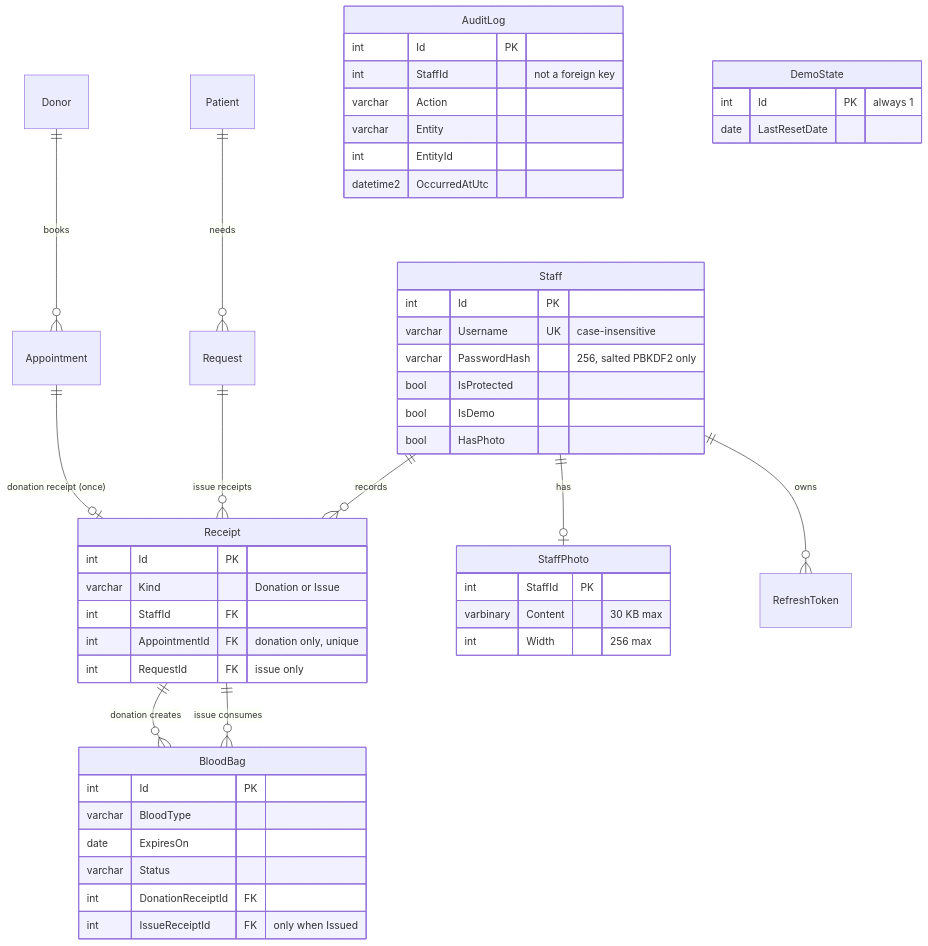
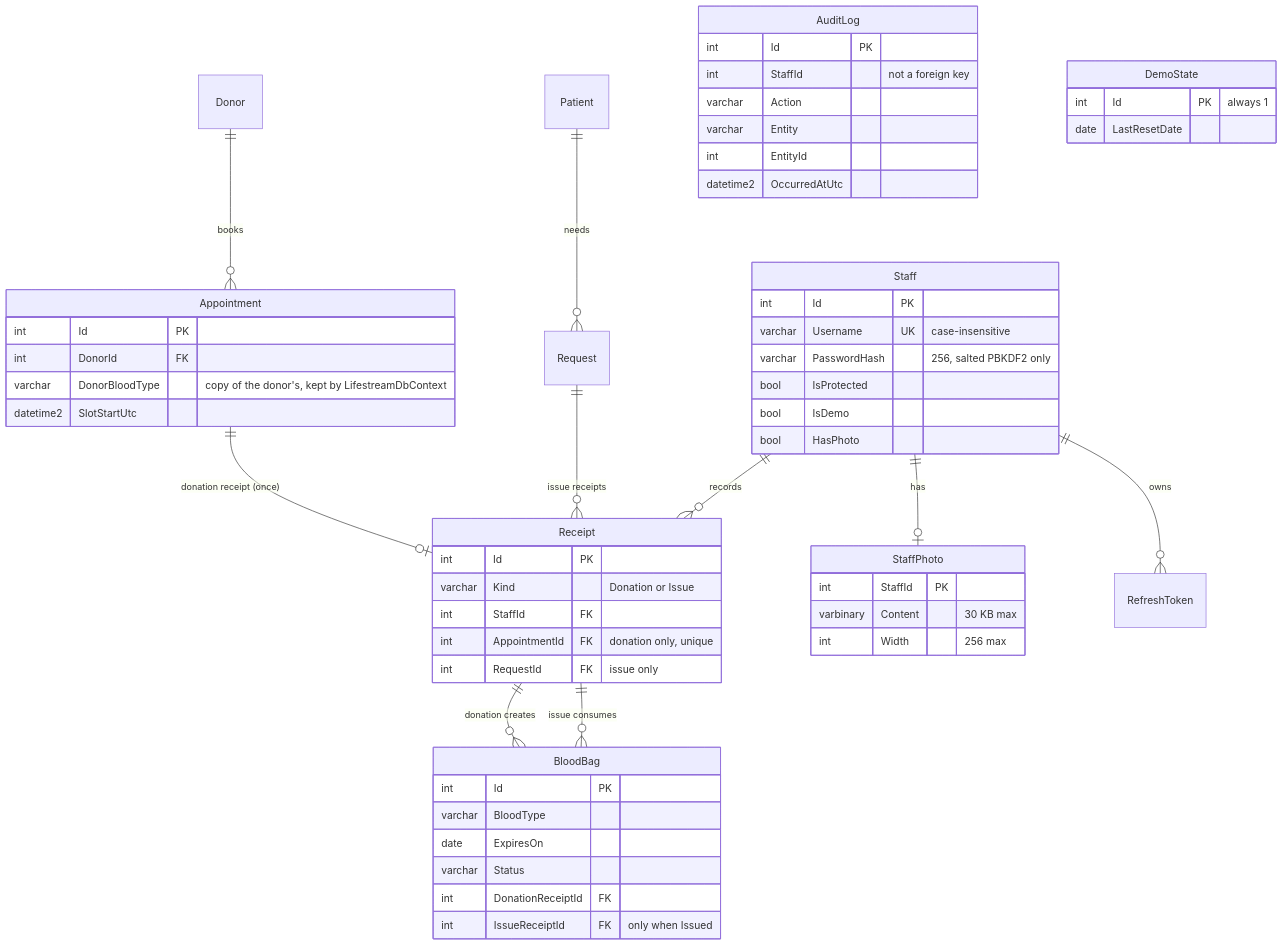
One commit to maiznadeem/Lifestream changed the diagram in docs/database.md. Above: the diagram before and after it, drawn with Mermaid. The commit also changed other lines of this file and 18 other files, not shown here.

````diff
--- a/docs/database.md
+++ b/docs/database.md
@@ -9,52 +9,58 @@
 ```mermaid
 erDiagram
     Donor ||--o{ Appointment : books
     Patient ||--o{ Request : needs
     Appointment ||--o| Receipt : "donation receipt (once)"
     Request ||--o{ Receipt : "issue receipts"
     Staff ||--o{ Receipt : records
     Receipt ||--o{ BloodBag : "donation creates"
     Receipt ||--o{ BloodBag : "issue consumes"
     Staff ||--o| StaffPhoto : has
     Staff ||--o{ RefreshToken : owns
     Staff {
         int Id PK
         varchar Username UK "case-insensitive"
         varchar PasswordHash "256, salted PBKDF2 only"
         bool IsProtected
         bool IsDemo
         bool HasPhoto
     }
     StaffPhoto {
         int StaffId PK
         varbinary Content "30 KB max"
         int Width "256 max"
+    }
+    Appointment {
+        int Id PK
+        int DonorId FK
+        varchar DonorBloodType "copy of the donor's, kept by LifestreamDbContext"
+        datetime2 SlotStartUtc
     }
     Receipt {
         int Id PK
         varchar Kind "Donation or Issue"
         int StaffId FK
         int AppointmentId FK "donation only, unique"
         int RequestId FK "issue only"
     }
     BloodBag {
         int Id PK
         varchar BloodType
         date ExpiresOn
         varchar Status
         int DonationReceiptId FK
         int IssueReceiptId FK "only when Issued"
     }
     AuditLog {
         int Id PK
         int StaffId "not a foreign key"
         varchar Action
         varchar Entity
         int EntityId
         datetime2 OccurredAtUtc
     }
     DemoState {
         int Id PK "always 1"
         date LastResetDate
     }
 ```
````
